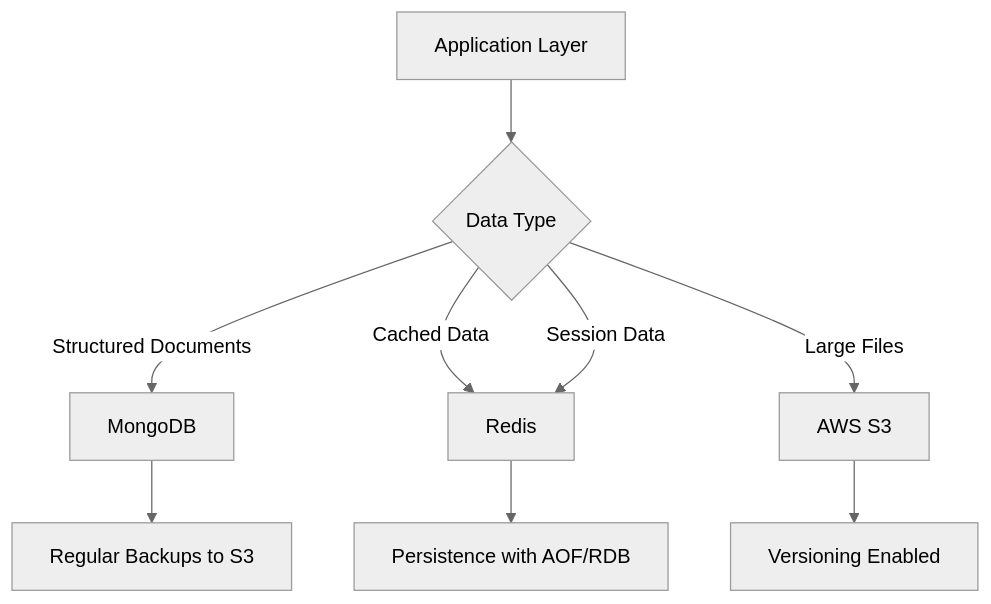
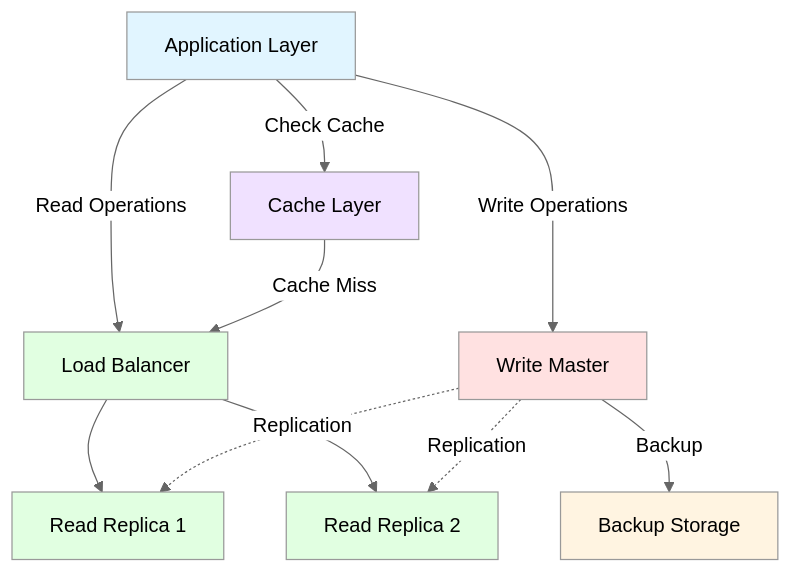
One commit to prasad-blitzy/quick-repo changed the second of 12 diagrams in blitzy/documentation/Technical Specifications.md. Above: the diagram before and after it, drawn with Mermaid (neutral theme). The commit also changed other lines of this file, not shown here.

````diff
--- a/blitzy/documentation/Technical Specifications.md
+++ b/blitzy/documentation/Technical Specifications.md
@@ -668,11 +1028,20 @@
 ```mermaid
 flowchart TD
-    A[Application Layer] --> B{Data Type}
-    B -->|Structured Documents| C[MongoDB]
-    B -->|Cached Data| D[Redis]
-    B -->|Large Files| E[AWS S3]
-    B -->|Session Data| D
-    C --> F[Regular Backups to S3]
-    D --> G[Persistence with AOF/RDB]
-    E --> H[Versioning Enabled]
+    A[Application Layer] -->|Write Operations| B[Write Master]
+    A -->|Read Operations| C[Load Balancer]
+    C --> D[Read Replica 1]
+    C --> E[Read Replica 2]
+    B -.->|Replication| D
+    B -.->|Replication| E
+    B -->|Backup| F[Backup Storage]
+    G[Cache Layer] -->|Cache Miss| C
+    A -->|Check Cache| G
+    
+    style A fill:#e1f5ff
+    style B fill:#ffe1e1
+    style C fill:#e1ffe1
+    style D fill:#e1ffe1
+    style E fill:#e1ffe1
+    style F fill:#fff4e1
+    style G fill:#f0e1ff
 ```
````
